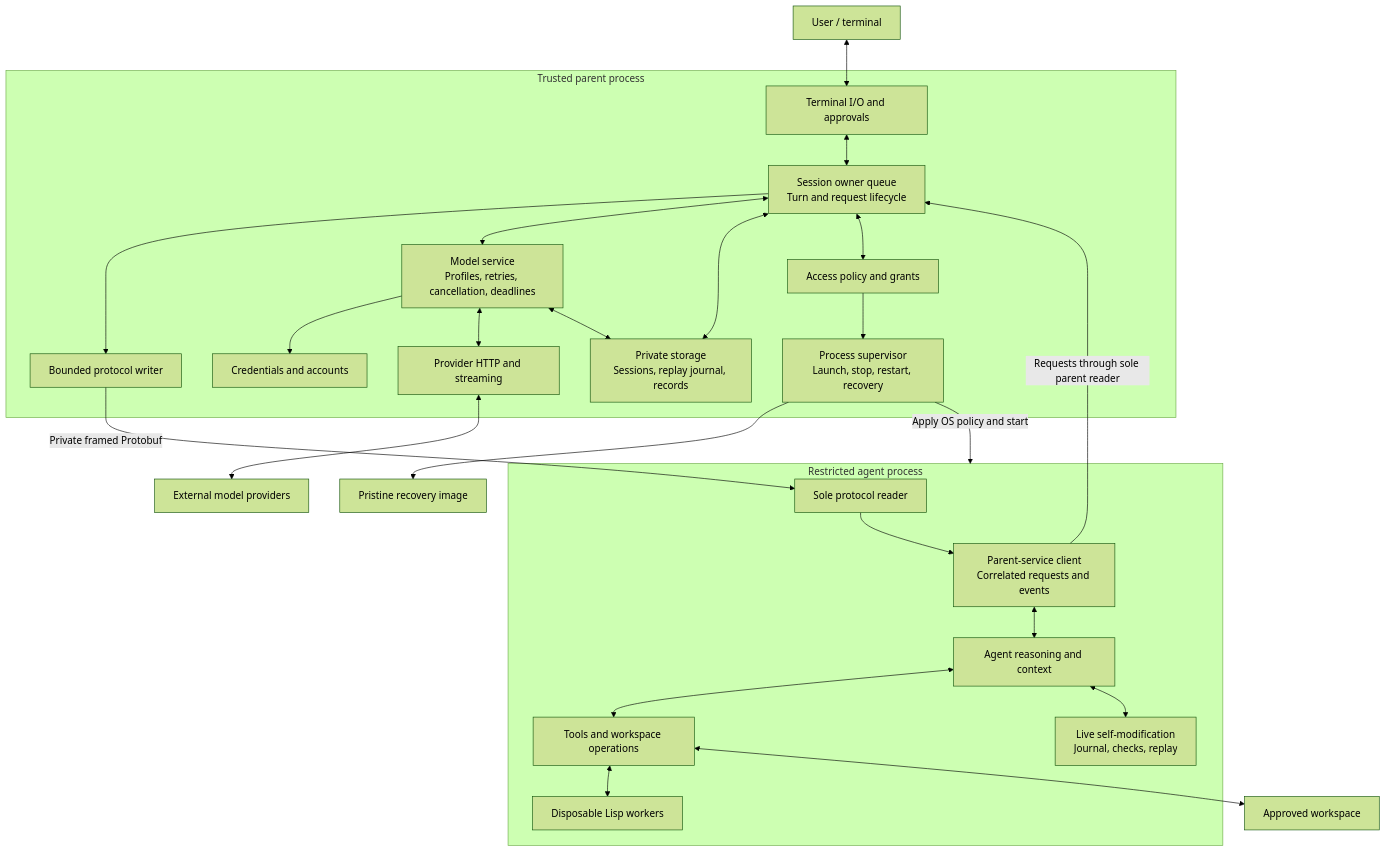
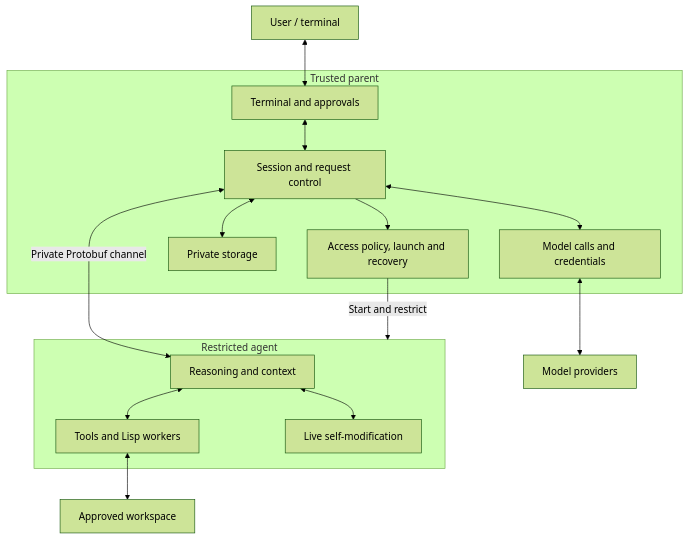
One commit to lambda-symbolics/autolith changed the diagram in docs/parent-agent-architecture.md. Above: the diagram before and after it, drawn with Mermaid (forest theme).

Commit message:
Simplify the parent-agent architecture diagram

````diff
--- a/docs/parent-agent-architecture.md
+++ b/docs/parent-agent-architecture.md
@@ -3,53 +3,34 @@
 ```mermaid
 flowchart TB
     User["User / terminal"]
+    Providers["Model providers"]
+    Workspace["Approved workspace"]
 
-    subgraph Parent["Trusted parent process"]
-        UI["Terminal I/O and approvals"]
-        Owner["Session owner queue<br/>Turn and request lifecycle"]
-        Writer["Bounded protocol writer"]
-        Models["Model service<br/>Profiles, retries, cancellation, deadlines"]
-        Auth["Credentials and accounts"]
-        Transport["Provider HTTP and streaming"]
-        Stores["Private storage<br/>Sessions, replay journal, records"]
-        Policy["Access policy and grants"]
-        Launcher["Process supervisor<br/>Launch, stop, restart, recovery"]
+    subgraph Parent["Trusted parent"]
+        UI["Terminal and approvals"]
+        Session["Session and request control"]
+        Models["Model calls and credentials"]
+        Storage["Private storage"]
+        Supervisor["Access policy, launch and recovery"]
 
-        UI <--> Owner
-        Owner --> Writer
-        Owner <--> Models
-        Models --> Auth
-        Models <--> Transport
-        Owner <--> Stores
-        Models <--> Stores
-        Owner <--> Policy
-        Policy --> Launcher
+        UI <--> Session
+        Session <--> Models
+        Session <--> Storage
+        Session --> Supervisor
     end
 
-    subgraph Agent["Restricted agent process"]
-        Reader["Sole protocol reader"]
-        Client["Parent-service client<br/>Correlated requests and events"]
-        Runtime["Agent reasoning and context"]
-        Tools["Tools and workspace operations"]
-        Mutation["Live self-modification<br/>Journal, checks, replay"]
-        Workers["Disposable Lisp workers"]
+    subgraph Agent["Restricted agent"]
+        Runtime["Reasoning and context"]
+        Tools["Tools and Lisp workers"]
+        Mutation["Live self-modification"]
 
-        Reader --> Client
-        Client <--> Runtime
         Runtime <--> Tools
         Runtime <--> Mutation
-        Tools <--> Workers
     end
 
-    Providers["External model providers"]
-    Workspace["Approved workspace"]
-    Recovery["Pristine recovery image"]
-
     User <--> UI
-    Writer -->|"Private framed Protobuf"| Reader
-    Client -->|"Requests through sole parent reader"| Owner
-    Transport <--> Providers
-    Launcher -->|"Apply OS policy and start"| Agent
-    Launcher --> Recovery
+    Session <-->|"Private Protobuf channel"| Runtime
+    Models <--> Providers
+    Supervisor -->|"Start and restrict"| Agent
     Tools <--> Workspace
 ```
````
